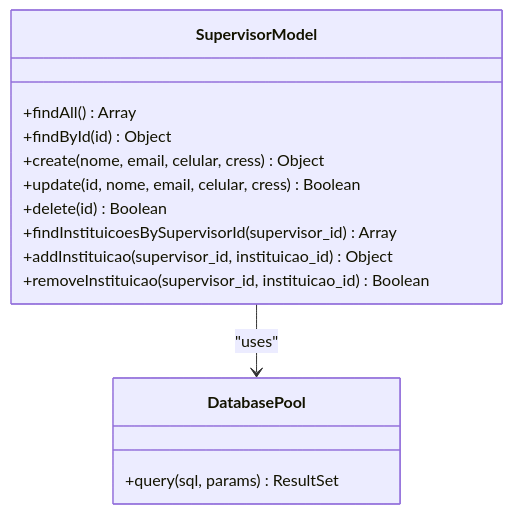
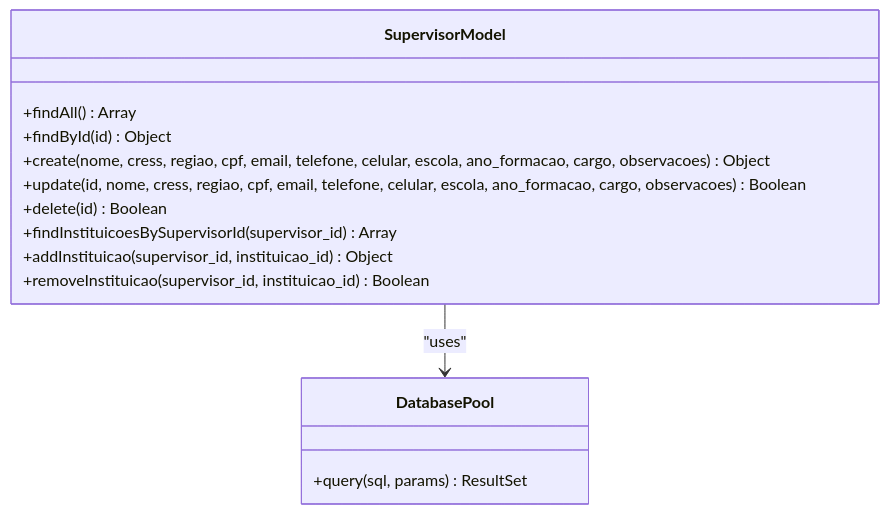
The third of 6 diagrams in .qoder/repowiki/en/content/Core Features Implementation/Supervisor Management.md (luiseduacosta/nodemural), drawn with Mermaid before and after one commit. The commit also changed other lines of this file and 1 other file, not shown here.

````diff
--- a/.qoder/repowiki/en/content/Core Features Implementation/Supervisor Management.md
+++ b/.qoder/repowiki/en/content/Core Features Implementation/Supervisor Management.md
@@ -166,17 +175,17 @@
 ```mermaid
 classDiagram
 class SupervisorModel {
 +findAll() Array
 +findById(id) Object
-+create(nome, email, celular, cress) Object
-+update(id, nome, email, celular, cress) Boolean
++create(nome, cress, regiao, cpf, email, telefone, celular, escola, ano_formacao, cargo, observacoes) Object
++update(id, nome, cress, regiao, cpf, email, telefone, celular, escola, ano_formacao, cargo, observacoes) Boolean
 +delete(id) Boolean
 +findInstituicoesBySupervisorId(supervisor_id) Array
 +addInstituicao(supervisor_id, instituicao_id) Object
 +removeInstituicao(supervisor_id, instituicao_id) Boolean
 }
 class DatabasePool {
 +query(sql, params) ResultSet
 }
 SupervisorModel --> DatabasePool : "uses"
 ```
````
